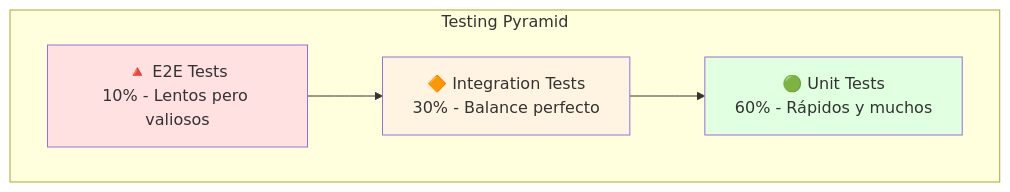
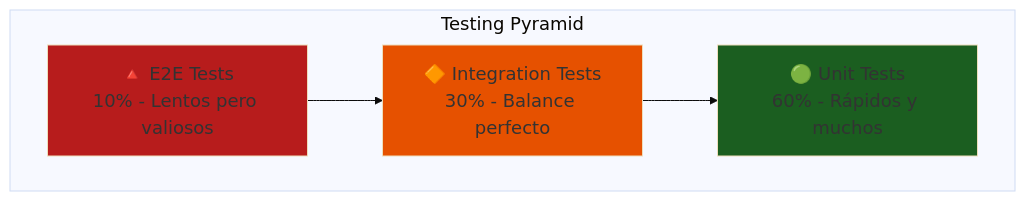
Before and after one commit to Ai-Whisperers/Courses-Content: the third of 10 diagrams in courses/🟡-development/FPUNA-2026/01-DESARROLLO-SOFTWARE/03-pruebas-tdd.md, drawn with Mermaid. The commit also changed other lines of this file and 47 other files, not shown here.

First line of the commit message:
fix: Make all 473 diagrams WCAG AAA accessible (FPUNA-2026)

````diff
--- a/courses/🟡-development/FPUNA-2026/01-DESARROLLO-SOFTWARE/03-pruebas-tdd.md
+++ b/courses/🟡-development/FPUNA-2026/01-DESARROLLO-SOFTWARE/03-pruebas-tdd.md
@@ -77,15 +79,16 @@
 ```mermaid
+%%{init: {'theme':'base', 'themeVariables': {'fontSize':'18px'}}}%%
 graph TD
     subgraph "Testing Pyramid"
         A[🔺 E2E Tests<br/>10% - Lentos pero valiosos]
         B[🔶 Integration Tests<br/>30% - Balance perfecto]
         C[🟢 Unit Tests<br/>60% - Rápidos y muchos]
         
         A --> B
         B --> C
     end
     
-    style A fill:#FFE1E1
-    style B fill:#FFF4E1
-    style C fill:#E1FFE1
+    style A fill:#b71c1c
+    style B fill:#e65100
+    style C fill:#1b5e20
 ```
````
